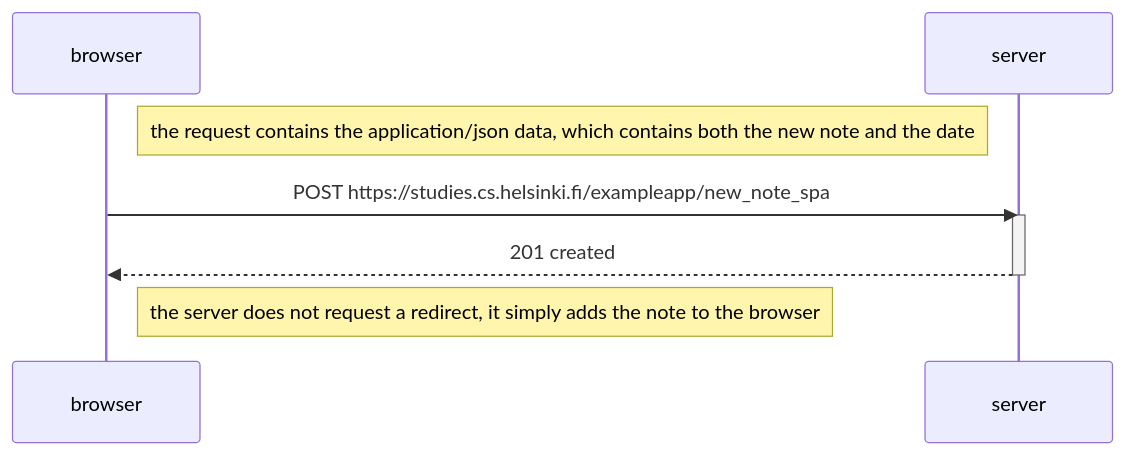
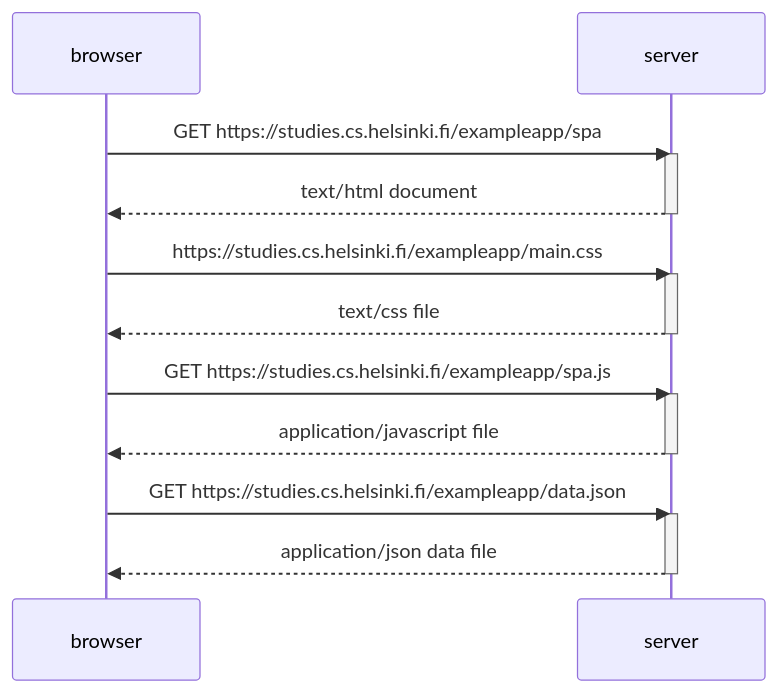
The diagram in sap-diagram.md (NicoleFormenti/university-of-helsinki-fullstack-part0.5), drawn with Mermaid before and after one commit.

Commit message:
sap-diagram updated

````diff
--- a/sap-diagram.md
+++ b/sap-diagram.md
@@ -1,13 +1,25 @@
 ```mermaid
     sequenceDiagram
         participant browser
         participant server
 
-        Note right of browser: the request contains the application/json data, which contains both the new note and the date
-        browser->>server: POST https://studies.cs.helsinki.fi/exampleapp/new_note_spa
+        browser->>server: GET https://studies.cs.helsinki.fi/exampleapp/spa
         activate server
-        server-->>browser: 201 created;
+        server-->>browser: text/html document
         deactivate server
 
-        Note right of browser: the server does not request a redirect, it simply adds the note to the browser
+        browser->>server: https://studies.cs.helsinki.fi/exampleapp/main.css
+        activate server
+        server-->>browser: text/css file
+        deactivate server
+
+        browser->>server: GET https://studies.cs.helsinki.fi/exampleapp/spa.js
+        activate server
+        server-->>browser: application/javascript file
+        deactivate server
+
+        browser->>server: GET https://studies.cs.helsinki.fi/exampleapp/data.json
+        activate server
+        server-->>browser: application/json data file
+        deactivate server
 ```
````
